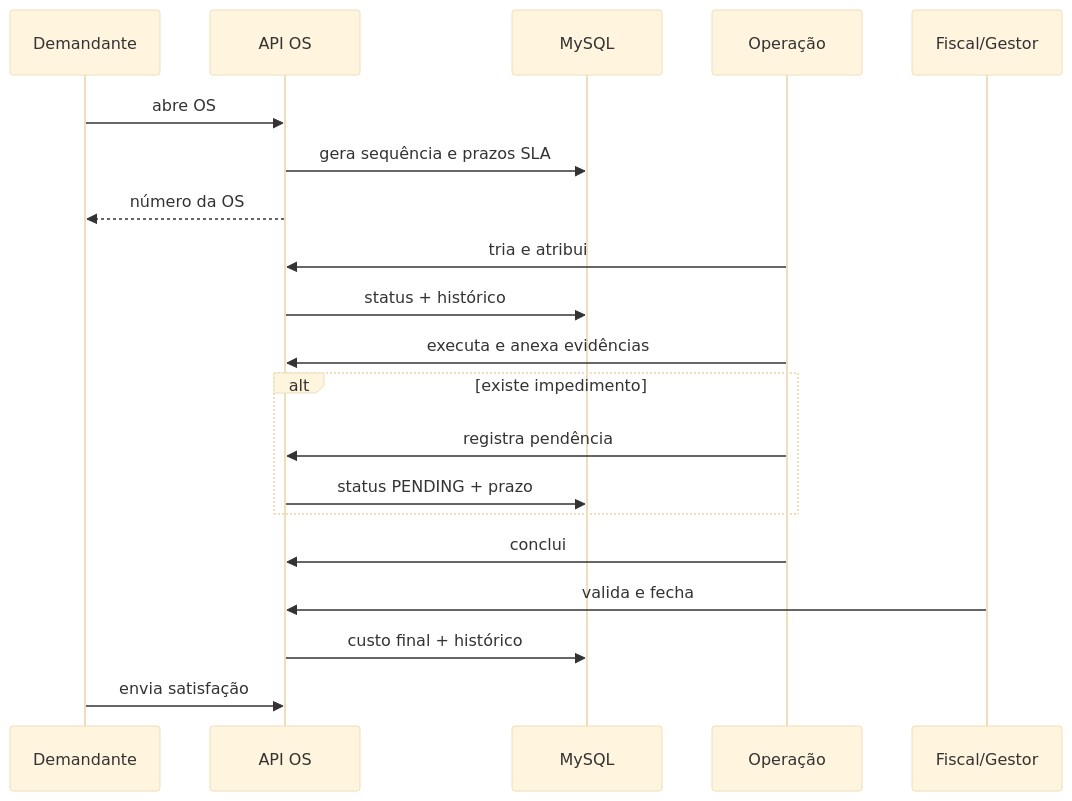
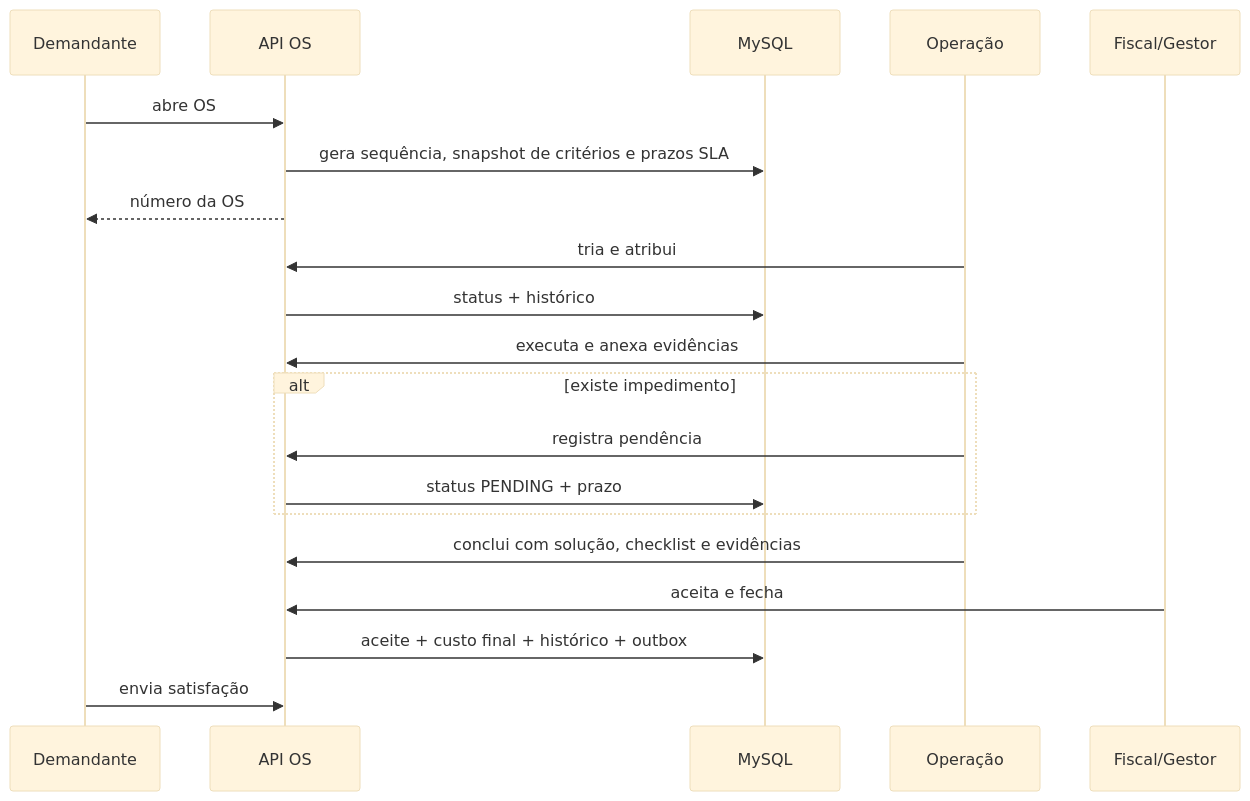
The fifth of 5 diagrams in docs/01-arquitetura-tecnica.md (andrebaetaobraspublicas-collab/manutencao-predial), drawn with Mermaid (base theme) before and after one commit. The commit also changed other lines of this file and 93 other files, not shown here.

````diff
--- a/docs/01-arquitetura-tecnica.md
+++ b/docs/01-arquitetura-tecnica.md
@@ -147,23 +153,23 @@
 ```mermaid
 sequenceDiagram
     participant R as Demandante
     participant API as API OS
     participant DB as MySQL
     participant O as Operação
     participant F as Fiscal/Gestor
 
     R->>API: abre OS
-    API->>DB: gera sequência e prazos SLA
+    API->>DB: gera sequência, snapshot de critérios e prazos SLA
     API-->>R: número da OS
     O->>API: tria e atribui
     API->>DB: status + histórico
     O->>API: executa e anexa evidências
     alt existe impedimento
       O->>API: registra pendência
       API->>DB: status PENDING + prazo
     end
-    O->>API: conclui
-    F->>API: valida e fecha
-    API->>DB: custo final + histórico
+    O->>API: conclui com solução, checklist e evidências
+    F->>API: aceita e fecha
+    API->>DB: aceite + custo final + histórico + outbox
     R->>API: envia satisfação
 ```
````
